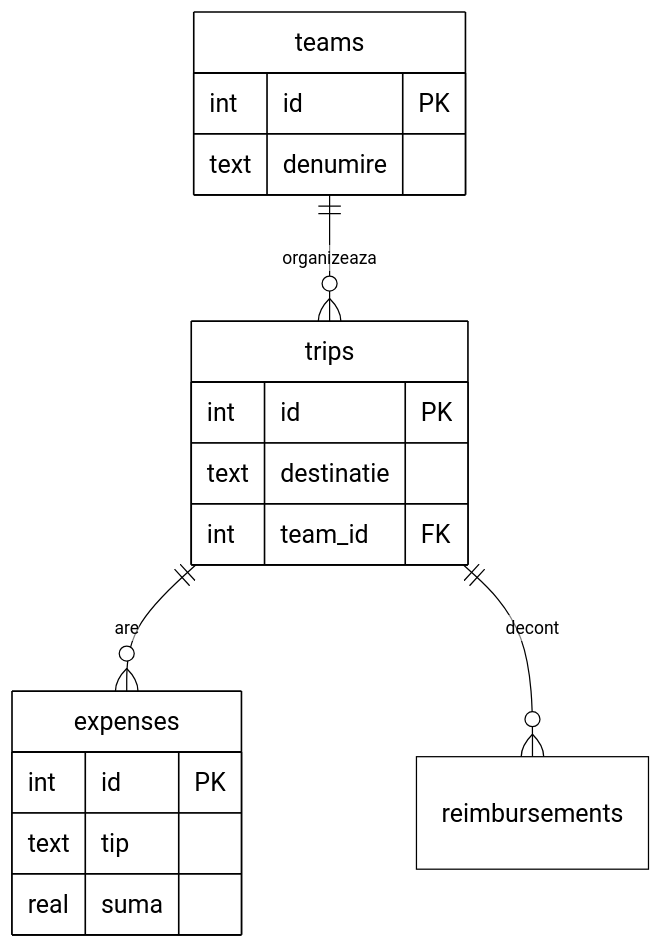
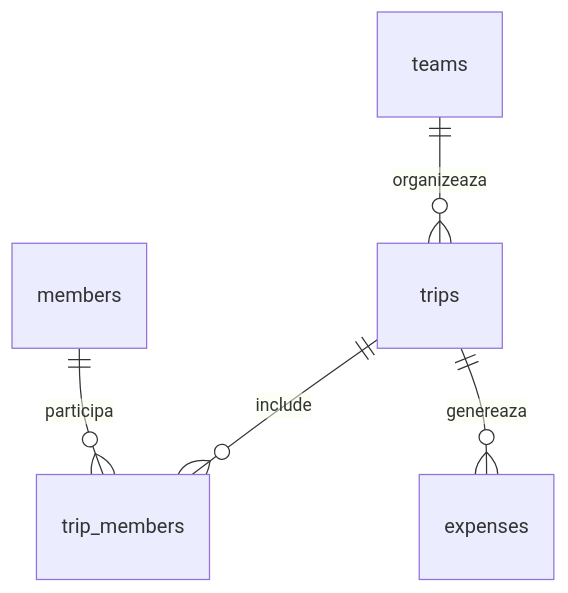
One commit to ricardofilipebondor/web-technologies-2026 changed diagram 11 of 12 in docs/ARCHITECTURE.md. Above: the diagram before and after it, drawn with Mermaid. The commit also changed other lines of this file and 20 other files, not shown here.

````diff
--- a/docs/ARCHITECTURE.md
+++ b/docs/ARCHITECTURE.md
@@ -211,22 +203,7 @@
 ```mermaid
-%%{init: {'theme':'base','themeVariables':{'darkMode':false,'background':'#ffffff','mainBkg':'#ffffff','primaryColor':'#ffffff','primaryTextColor':'#000000','primaryBorderColor':'#000000','lineColor':'#000000','fontSize':'20px','fontFamily':'Arial'}}}%%
 erDiagram
     teams ||--o{ trips : organizeaza
-    trips ||--o{ expenses : are
-    trips ||--o{ reimbursements : decont
-
-    teams {
-        int id PK
-        text denumire
-    }
-    trips {
-        int id PK
-        text destinatie
-        int team_id FK
-    }
-    expenses {
-        int id PK
-        text tip
-        real suma
-    }
+    trips ||--o{ trip_members : include
+    members ||--o{ trip_members : participa
+    trips ||--o{ expenses : genereaza
 ```
````
